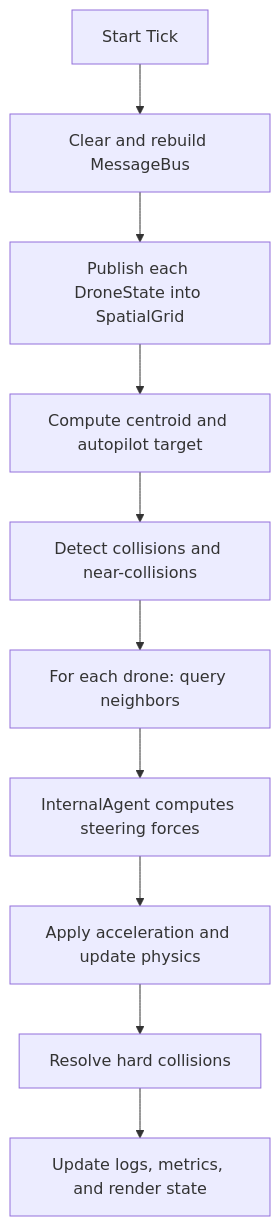
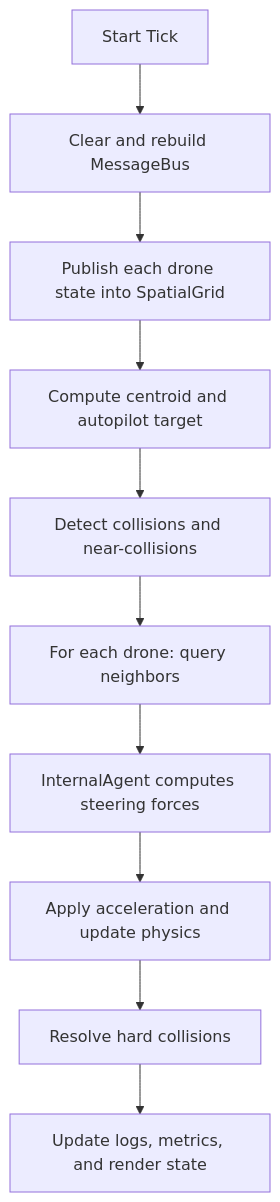
Before and after one commit to sayon999-d/Virtual-Swarm-Drone-Coordination: the third of 3 diagrams in README.md, drawn with Mermaid. The commit also changed other lines of this file, not shown here.

Commit message:
Fix README Mermaid diagrams

````diff
--- a/README.md
+++ b/README.md
@@ -110,12 +110,12 @@
 ```mermaid
 flowchart TD
     A[Start Tick] --> B[Clear and rebuild MessageBus]
-    B --> C[Publish each DroneState into SpatialGrid]
+    B --> C[Publish each drone state into SpatialGrid]
     C --> D[Compute centroid and autopilot target]
     D --> E[Detect collisions and near-collisions]
     E --> F[For each drone: query neighbors]
     F --> G[InternalAgent computes steering forces]
     G --> H[Apply acceleration and update physics]
     H --> I[Resolve hard collisions]
     I --> J[Update logs, metrics, and render state]
 ```
````
